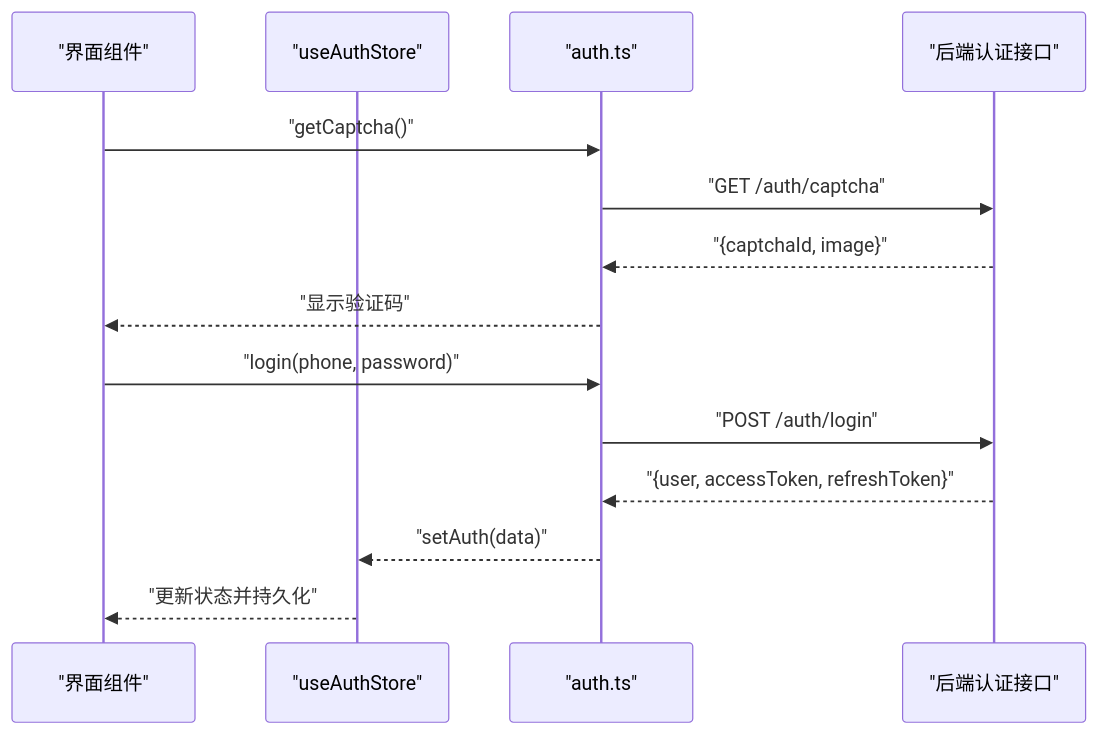
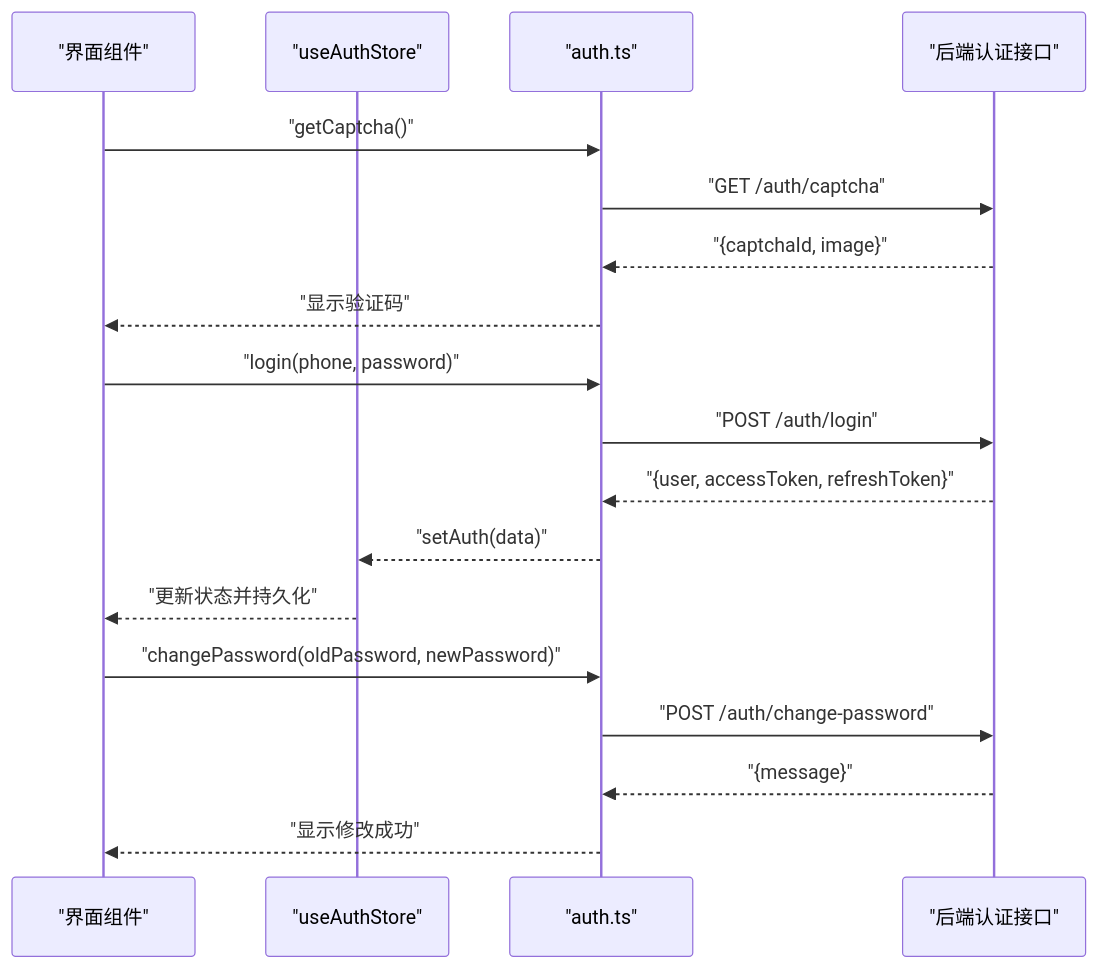
Before and after one commit to lsqwawa/free-dress: diagram 11 of 12 in .qoder/repowiki/zh/content/后端开发指南/核心模块详解/认证模块.md, drawn with Mermaid. The commit also changed other lines of this file and 62 other files, not shown here.

````diff
--- a/.qoder/repowiki/zh/content/后端开发指南/核心模块详解/认证模块.md
+++ b/.qoder/repowiki/zh/content/后端开发指南/核心模块详解/认证模块.md
@@ -334,16 +457,20 @@
 ```mermaid
 sequenceDiagram
 participant UI as "界面组件"
 participant Store as "useAuthStore"
 participant API as "auth.ts"
 participant BE as "后端认证接口"
 UI->>API : "getCaptcha()"
 API->>BE : "GET /auth/captcha"
 BE-->>API : "{captchaId, image}"
 API-->>UI : "显示验证码"
 UI->>API : "login(phone, password)"
 API->>BE : "POST /auth/login"
 BE-->>API : "{user, accessToken, refreshToken}"
 API-->>Store : "setAuth(data)"
 Store-->>UI : "更新状态并持久化"
+UI->>API : "changePassword(oldPassword, newPassword)"
+API->>BE : "POST /auth/change-password"
+BE-->>API : "{message}"
+API-->>UI : "显示修改成功"
 ```
````
